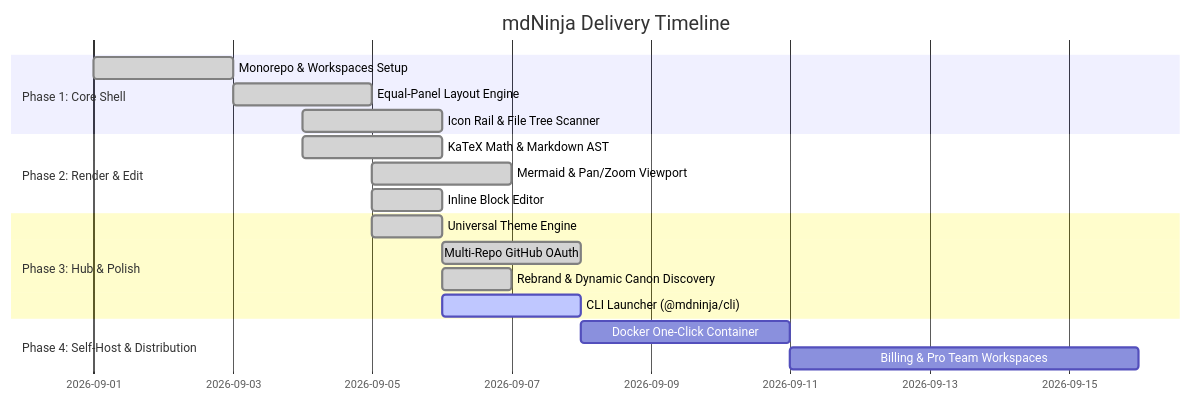
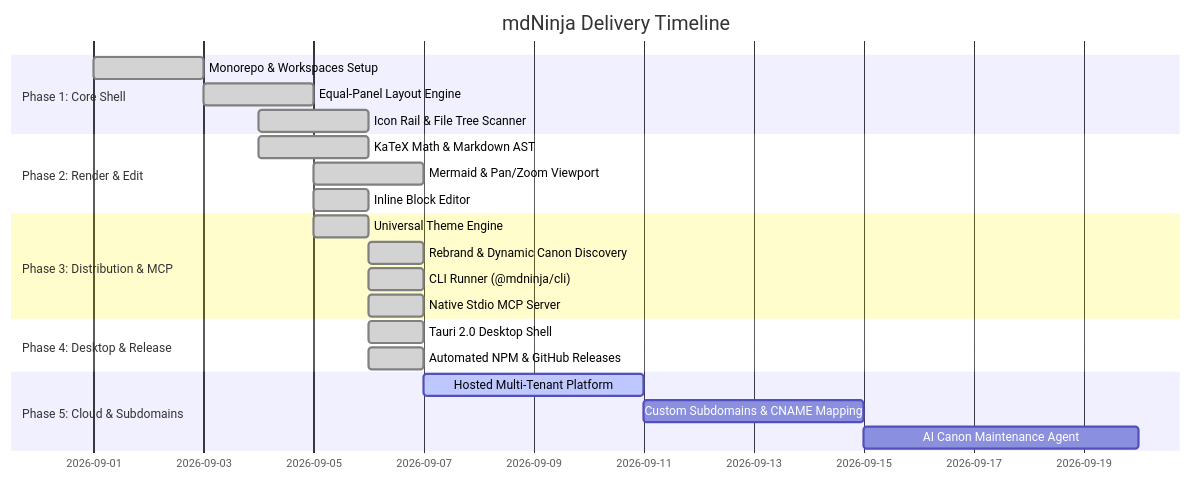
Before and after one commit to jamesnavinhill/mdNinja: the diagram in mdninja/roadmaps/roadmap.md, drawn with Mermaid. The commit also changed other lines of this file and 99 other files, not shown here.

Commit message:
feat: implement Tauri desktop integration with native build assets and CLI tooling

````diff
--- a/mdninja/roadmaps/roadmap.md
+++ b/mdninja/roadmaps/roadmap.md
@@ -5,21 +5,25 @@
 ```mermaid
 gantt
     title mdNinja Delivery Timeline
     dateFormat  YYYY-MM-DD
     section Phase 1: Core Shell
     Monorepo & Workspaces Setup      :done,    m1, 2026-09-01, 2d
     Equal-Panel Layout Engine        :done,    m2, 2026-09-03, 2d
     Icon Rail & File Tree Scanner    :done,    m3, 2026-09-04, 2d
     section Phase 2: Render & Edit
     KaTeX Math & Markdown AST        :done,    m4, 2026-09-04, 2d
     Mermaid & Pan/Zoom Viewport      :done,    m5, 2026-09-05, 2d
     Inline Block Editor              :done,    m6, 2026-09-05, 1d
-    section Phase 3: Hub & Polish
+    section Phase 3: Distribution & MCP
     Universal Theme Engine           :done,    m7, 2026-09-05, 1d
-    Multi-Repo GitHub OAuth          :done,    m8, 2026-09-06, 2d
-    Rebrand & Dynamic Canon Discovery:done,    m9, 2026-09-06, 1d
-    CLI Launcher (@mdninja/cli)      :active,  m10, 2026-09-06, 2d
-    section Phase 4: Self-Host & Distribution
-    Docker One-Click Container       :m11, after m10, 3d
-    Billing & Pro Team Workspaces    :m12, after m11, 5d
+    Rebrand & Dynamic Canon Discovery:done,    m8, 2026-09-06, 1d
+    CLI Runner (@mdninja/cli)        :done,    m9, 2026-09-06, 1d
+    Native Stdio MCP Server          :done,    m10, 2026-09-06, 1d
+    section Phase 4: Desktop & Release
+    Tauri 2.0 Desktop Shell          :done,    m11, 2026-09-06, 1d
+    Automated NPM & GitHub Releases  :done,    m12, 2026-09-06, 1d
+    section Phase 5: Cloud & Subdomains
+    Hosted Multi-Tenant Platform     :active,  m13, 2026-09-07, 4d
+    Custom Subdomains & CNAME Mapping:         m14, after m13, 4d
+    AI Canon Maintenance Agent       :         m15, after m14, 5d
 ```
````
